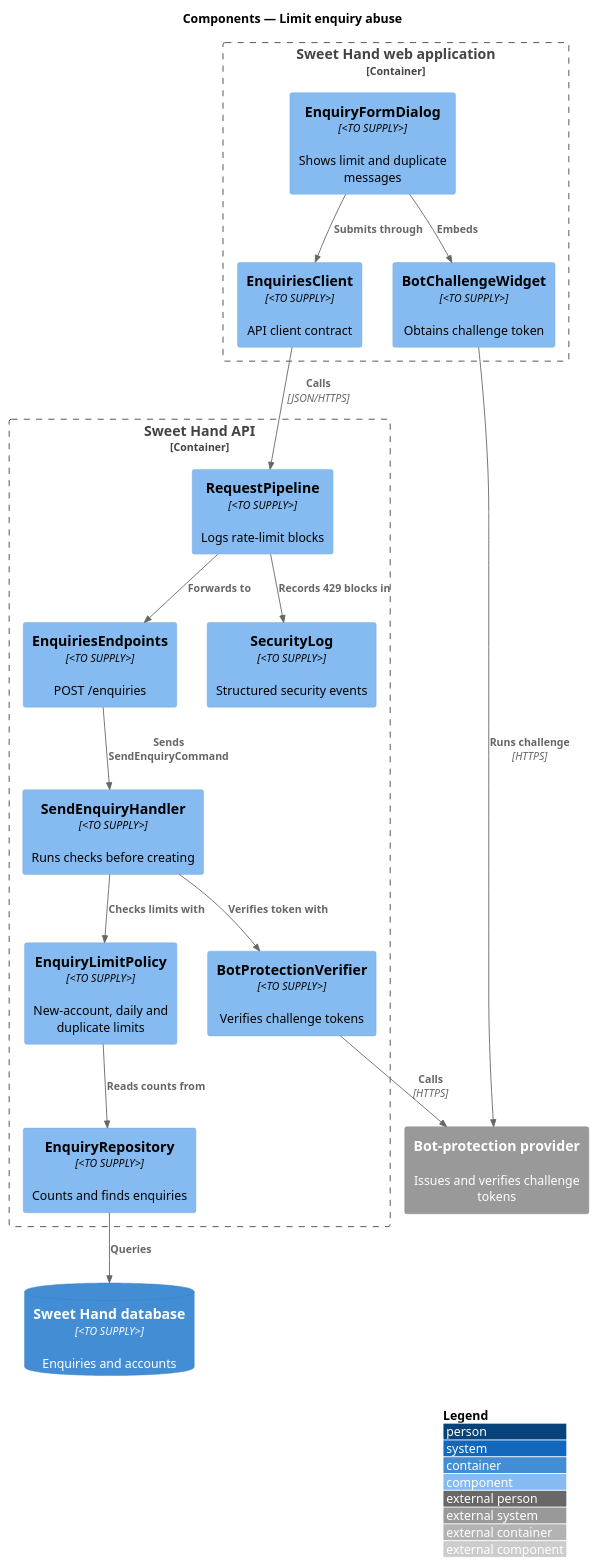
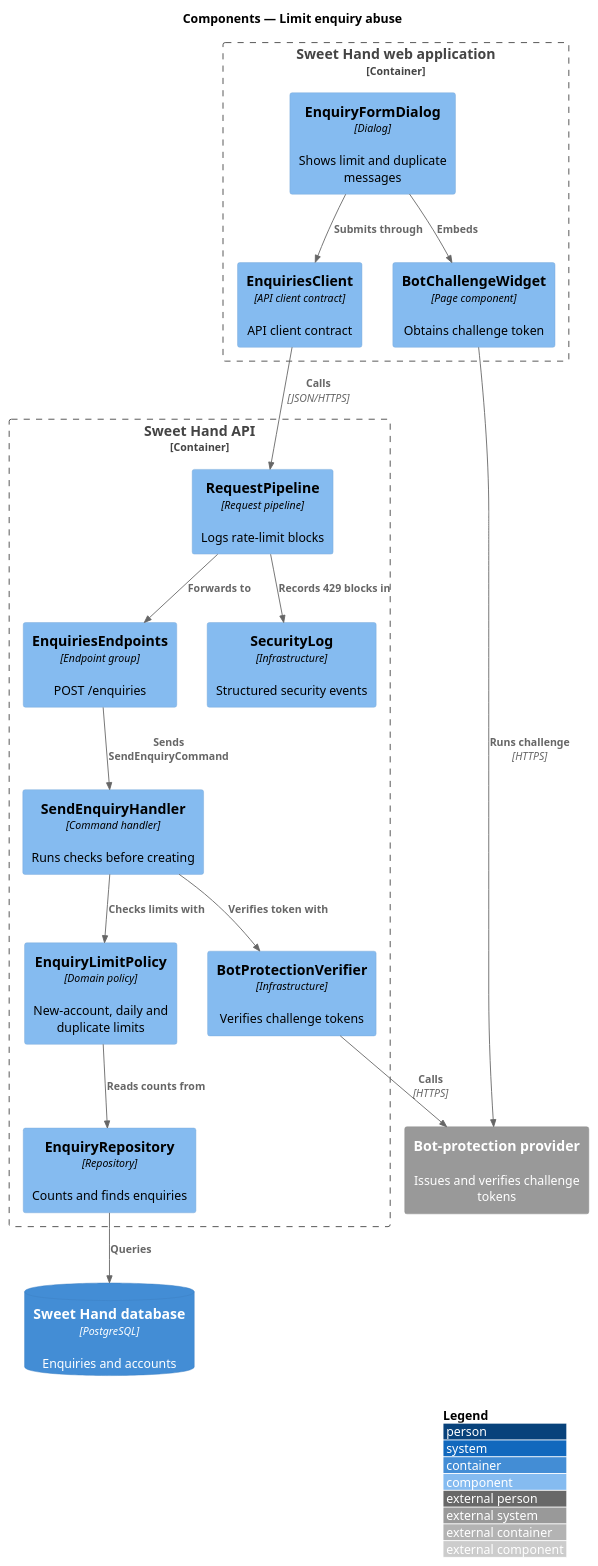
Before and after one commit to QuinntyneBrown/sweet-hand: the diagram in docs/detailed-designs/enquiries/limit-enquiry-abuse/diagrams/c4-component.puml, drawn with PlantUML. The commit also changed 39 other files, not shown here.

```diff
--- a/docs/detailed-designs/enquiries/limit-enquiry-abuse/diagrams/c4-component.puml
+++ b/docs/detailed-designs/enquiries/limit-enquiry-abuse/diagrams/c4-component.puml
@@ -1,35 +1,35 @@
 @startuml
 !include <C4/C4_Component>
 LAYOUT_WITH_LEGEND()
 title Components — Limit enquiry abuse
 
 Container_Boundary(web, "Sweet Hand web application") {
-  Component(dialog, "EnquiryFormDialog", "<TO SUPPLY>", "Shows limit and duplicate messages")
-  Component(widget, "BotChallengeWidget", "<TO SUPPLY>", "Obtains challenge token")
-  Component(client, "EnquiriesClient", "<TO SUPPLY>", "API client contract")
+  Component(dialog, "EnquiryFormDialog", "Dialog", "Shows limit and duplicate messages")
+  Component(widget, "BotChallengeWidget", "Page component", "Obtains challenge token")
+  Component(client, "EnquiriesClient", "API client contract", "API client contract")
 }
 Container_Boundary(api, "Sweet Hand API") {
-  Component(pipe, "RequestPipeline", "<TO SUPPLY>", "Logs rate-limit blocks")
-  Component(ep, "EnquiriesEndpoints", "<TO SUPPLY>", "POST /enquiries")
-  Component(handler, "SendEnquiryHandler", "<TO SUPPLY>", "Runs checks before creating")
-  Component(policy, "EnquiryLimitPolicy", "<TO SUPPLY>", "New-account, daily and duplicate limits")
-  Component(verifier, "BotProtectionVerifier", "<TO SUPPLY>", "Verifies challenge tokens")
-  Component(repo, "EnquiryRepository", "<TO SUPPLY>", "Counts and finds enquiries")
-  Component(seclog, "SecurityLog", "<TO SUPPLY>", "Structured security events")
+  Component(pipe, "RequestPipeline", "Request pipeline", "Logs rate-limit blocks")
+  Component(ep, "EnquiriesEndpoints", "Endpoint group", "POST /enquiries")
+  Component(handler, "SendEnquiryHandler", "Command handler", "Runs checks before creating")
+  Component(policy, "EnquiryLimitPolicy", "Domain policy", "New-account, daily and duplicate limits")
+  Component(verifier, "BotProtectionVerifier", "Infrastructure", "Verifies challenge tokens")
+  Component(repo, "EnquiryRepository", "Repository", "Counts and finds enquiries")
+  Component(seclog, "SecurityLog", "Infrastructure", "Structured security events")
 }
-ContainerDb(db, "Sweet Hand database", "<TO SUPPLY>", "Enquiries and accounts")
+ContainerDb(db, "Sweet Hand database", "PostgreSQL", "Enquiries and accounts")
 System_Ext(bot, "Bot-protection provider", "Issues and verifies challenge tokens")
 
 Rel(dialog, widget, "Embeds")
 Rel(widget, bot, "Runs challenge", "HTTPS")
 Rel(dialog, client, "Submits through")
 Rel(client, pipe, "Calls", "JSON/HTTPS")
 Rel(pipe, ep, "Forwards to")
 Rel(pipe, seclog, "Records 429 blocks in")
 Rel(ep, handler, "Sends SendEnquiryCommand")
 Rel(handler, verifier, "Verifies token with")
 Rel(verifier, bot, "Calls", "HTTPS")
 Rel(handler, policy, "Checks limits with")
 Rel(policy, repo, "Reads counts from")
 Rel(repo, db, "Queries")
 @enduml
```
